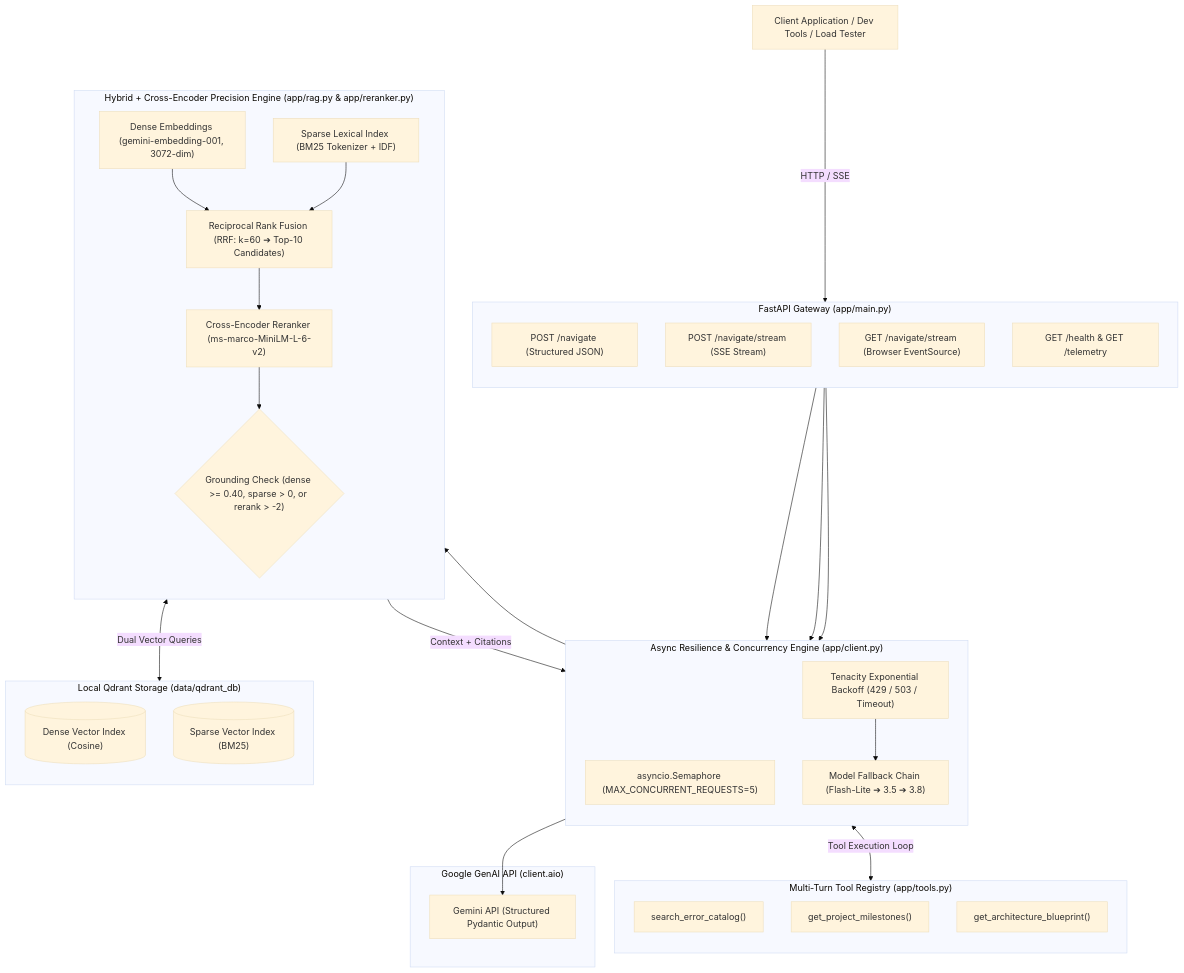
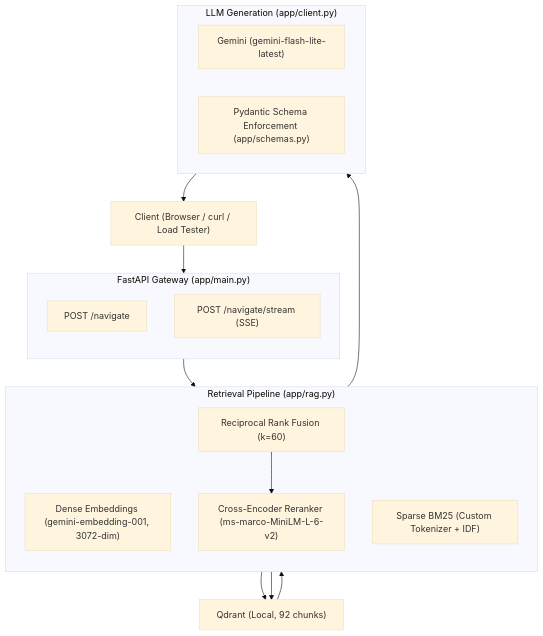
The diagram in README.md (k-nikhil-coder/tutorial-hell-navigator), drawn with Mermaid (base theme) before and after one commit. The commit also changed other lines of this file and 58 other files, not shown here.

````diff
--- a/README.md
+++ b/README.md
@@ -54,60 +34,34 @@
 ```mermaid
 flowchart TD
-    Client["Client Application / Dev Tools / Load Tester"]
+    Client["Client (Browser / curl / Load Tester)"]
 
     subgraph FastAPI["FastAPI Gateway (app/main.py)"]
         direction TB
-        Navigate["POST /navigate (Structured JSON)"]
-        StreamPost["POST /navigate/stream (SSE Stream)"]
-        StreamGet["GET /navigate/stream (Browser EventSource)"]
-        Health["GET /health & GET /telemetry"]
+        Navigate["POST /navigate"]
+        Stream["POST /navigate/stream (SSE)"]
     end
 
-    subgraph Engine["Async Resilience & Concurrency Engine (app/client.py)"]
+    subgraph Retrieval["Retrieval Pipeline (app/rag.py)"]
         direction TB
-        Sem["asyncio.Semaphore (MAX_CONCURRENT_REQUESTS=5)"]
-        Retry["Tenacity Exponential Backoff (429 / 503 / Timeout)"]
-        Fallback["Model Fallback Chain (Flash-Lite ➔ 3.5 ➔ 3.8)"]
+        Dense["Dense Embeddings (gemini-embedding-001, 3072-dim)"]
+        BM25["Sparse BM25 (Custom Tokenizer + IDF)"]
+        RRF["Reciprocal Rank Fusion (k=60)"]
+        Reranker["Cross-Encoder Reranker (ms-marco-MiniLM-L-6-v2)"]
     end
 
-    subgraph RAGEngine["Hybrid + Cross-Encoder Precision Engine (app/rag.py & app/reranker.py)"]
-        direction TB
-        DenseSearch["Dense Embeddings (gemini-embedding-001, 3072-dim)"]
-        BM25Search["Sparse Lexical Index (BM25 Tokenizer + IDF)"]
-        RRF["Reciprocal Rank Fusion (RRF: k=60 ➔ Top-10 Candidates)"]
-        CrossEncoder["Cross-Encoder Reranker (ms-marco-MiniLM-L-6-v2)"]
-        GroundCheck{"Grounding Check (dense >= 0.40, sparse > 0, or rerank > -2)"}
-        DenseSearch --> RRF
-        BM25Search --> RRF
-        RRF --> CrossEncoder
-        CrossEncoder --> GroundCheck
+    subgraph Generation["LLM Generation (app/client.py)"]
+        Gemini["Gemini (gemini-flash-lite-latest)"]
+        Schema["Pydantic Schema Enforcement (app/schemas.py)"]
     end
 
-    subgraph VectorDB["Local Qdrant Storage (data/qdrant_db)"]
-        direction TB
-        DenseIdx[("Dense Vector Index (Cosine)")]
-        SparseIdx[("Sparse Vector Index (BM25)")]
-    end
+    Qdrant["Qdrant (Local, 92 chunks)"]
 
-    subgraph Tools["Multi-Turn Tool Registry (app/tools.py)"]
-        direction TB
-        ErrCatalog["search_error_catalog()"]
-        Milestones["get_project_milestones()"]
-        Blueprints["get_architecture_blueprint()"]
-    end
-
-    subgraph Provider["Google GenAI API (client.aio)"]
-        Gemini["Gemini API (Structured Pydantic Output)"]
-    end
-
-    Client -->|HTTP / SSE| FastAPI
-    Navigate --> Sem
-    StreamPost --> Sem
-    StreamGet --> Sem
-    Sem --> RAGEngine
-    RAGEngine <-->|Dual Vector Queries| VectorDB
-    GroundCheck -->|Context + Citations| Retry
-    Retry --> Fallback
-    Fallback <-->|Tool Execution Loop| Tools
-    Fallback --> Gemini
+    Client --> FastAPI
+    FastAPI --> Retrieval
+    Dense --> Qdrant
+    BM25 --> Qdrant
+    Qdrant --> RRF
+    RRF --> Reranker
+    Reranker --> Generation
+    Generation --> Client
 ```
````
